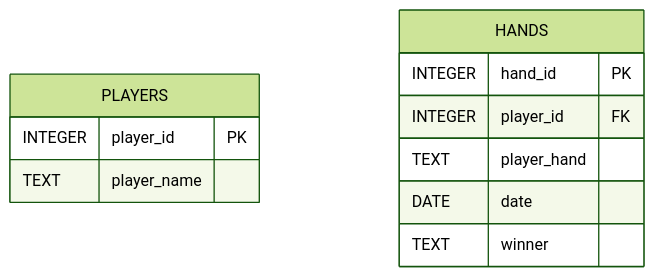
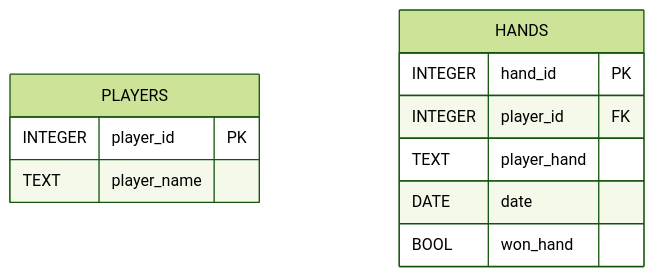
One commit to mtm90/Poker-app changed the second of 3 diagrams in README.md. Above: the diagram before and after it, drawn with Mermaid (forest theme).

Commit message:
updated database scheme

````diff
--- a/README.md
+++ b/README.md
@@ -114,14 +114,14 @@
 ```mermaid
 erDiagram
     PLAYERS {
         INTEGER player_id PK
         TEXT player_name
     }
     HANDS {
         INTEGER hand_id PK
         INTEGER player_id FK
         TEXT player_hand
         DATE date
-        TEXT winner
+        BOOL won_hand
     }
 ```
````
